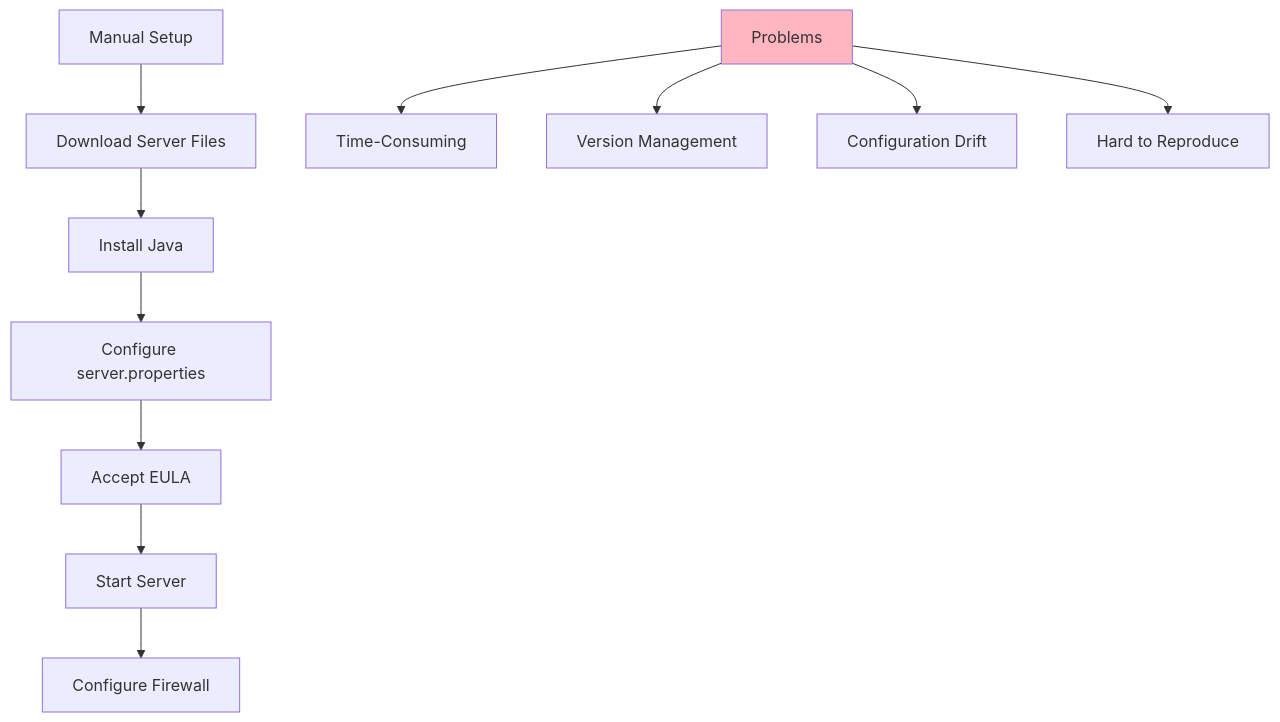
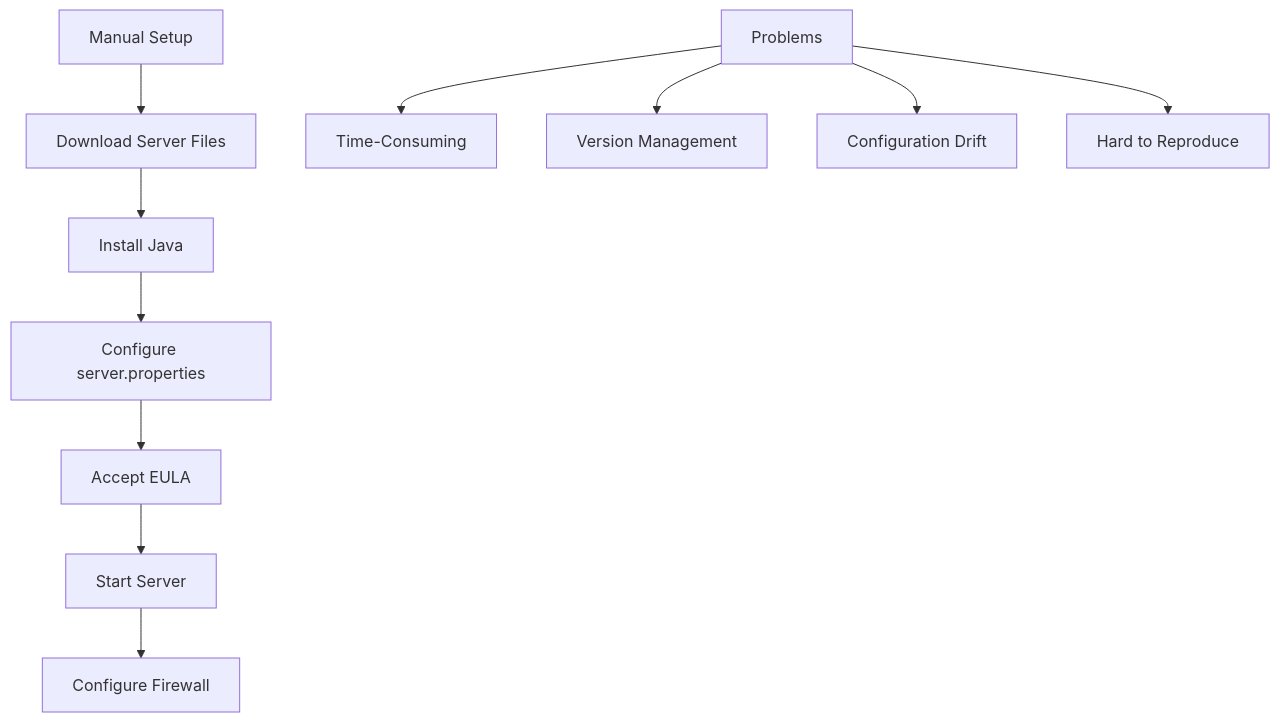
One commit to 4gh0rn/dev-blog changed the third of 9 diagrams in docs/projects/minecraft-server.md. Above: the diagram before and after it, drawn with Mermaid. The commit also changed other lines of this file and 17 other files, not shown here.

````diff
--- a/docs/projects/minecraft-server.md
+++ b/docs/projects/minecraft-server.md
@@ -106,16 +99,14 @@
 ```mermaid
 graph TB
     A[Manual Setup] --> B[Download Server Files]
     B --> C[Install Java]
     C --> D[Configure server.properties]
     D --> E[Accept EULA]
     E --> F[Start Server]
     F --> G[Configure Firewall]
     
     H[Problems] --> H1[Time-Consuming]
     H --> H2[Version Management]
     H --> H3[Configuration Drift]
     H --> H4[Hard to Reproduce]
-    
-    style H fill:#FFB6C1
 ```
````
